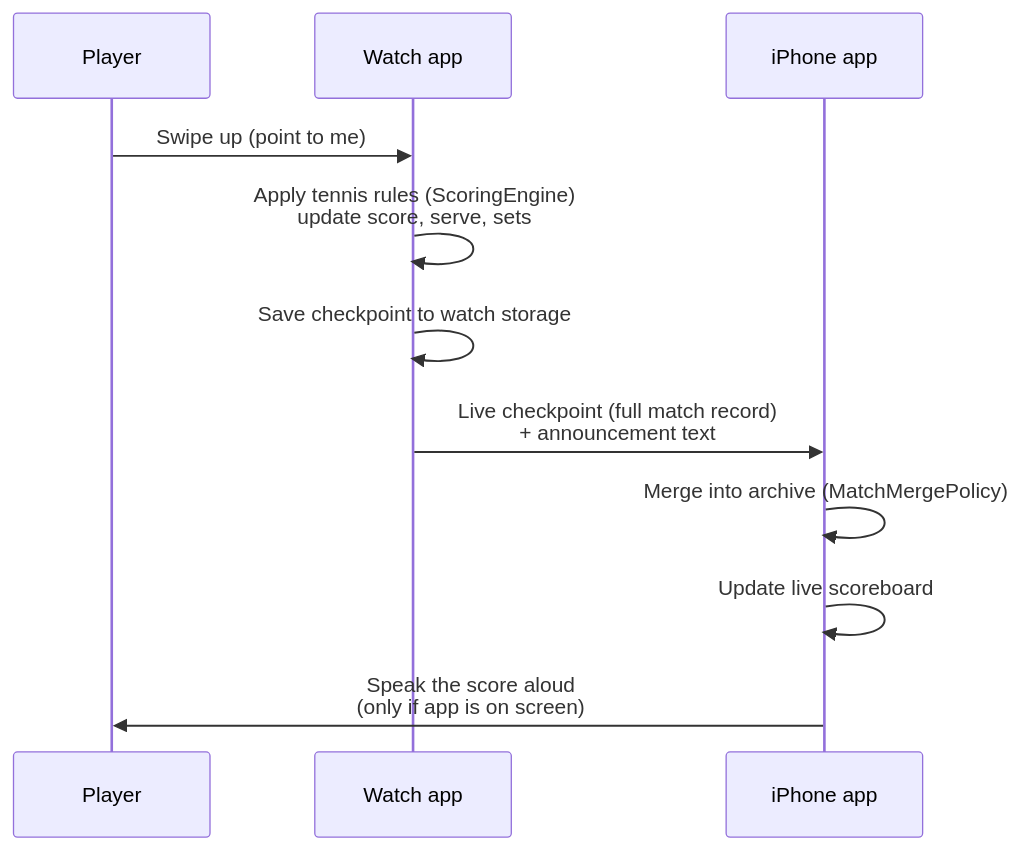
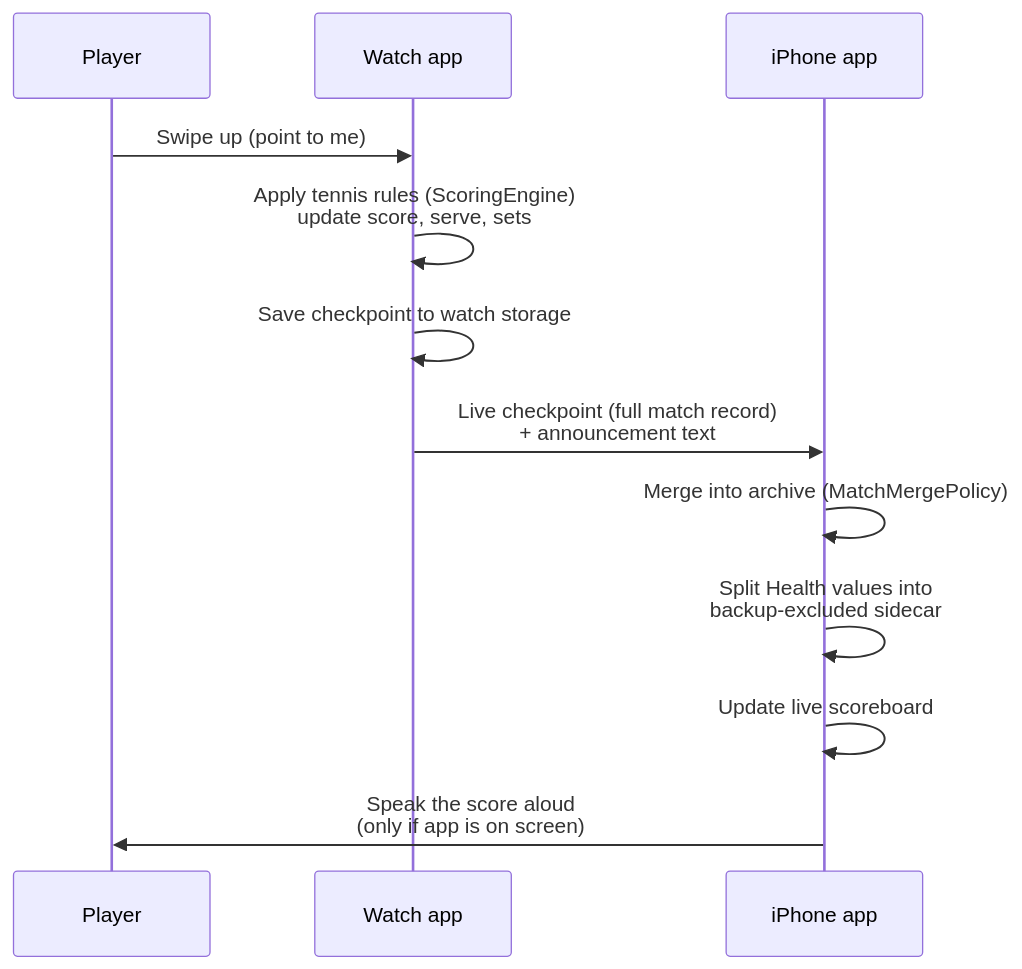
One commit to EMRahman/DeuceMate changed the fourth of 5 diagrams in docs/architecture/sync-and-data-flow.md. Above: the diagram before and after it, drawn with Mermaid. The commit also changed other lines of this file and 21 other files, not shown here.

Commit message:
Add backup-excluded Health sidecar

````diff
--- a/docs/architecture/sync-and-data-flow.md
+++ b/docs/architecture/sync-and-data-flow.md
@@ -79,13 +79,14 @@
 ```mermaid
 sequenceDiagram
     participant U as Player
     participant W as Watch app
     participant P as iPhone app
     U->>W: Swipe up (point to me)
     W->>W: Apply tennis rules (ScoringEngine)<br/>update score, serve, sets
     W->>W: Save checkpoint to watch storage
     W->>P: Live checkpoint (full match record)<br/>+ announcement text
     P->>P: Merge into archive (MatchMergePolicy)
+    P->>P: Split Health values into<br/>backup-excluded sidecar
     P->>P: Update live scoreboard
     P->>U: Speak the score aloud<br/>(only if app is on screen)
 ```
````
